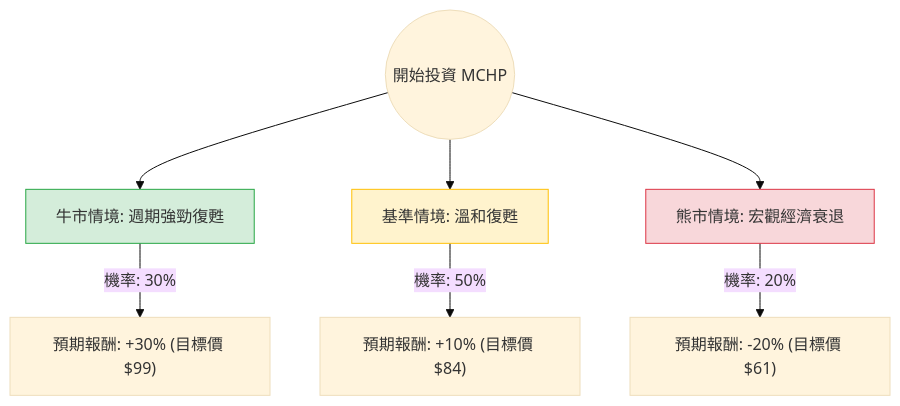
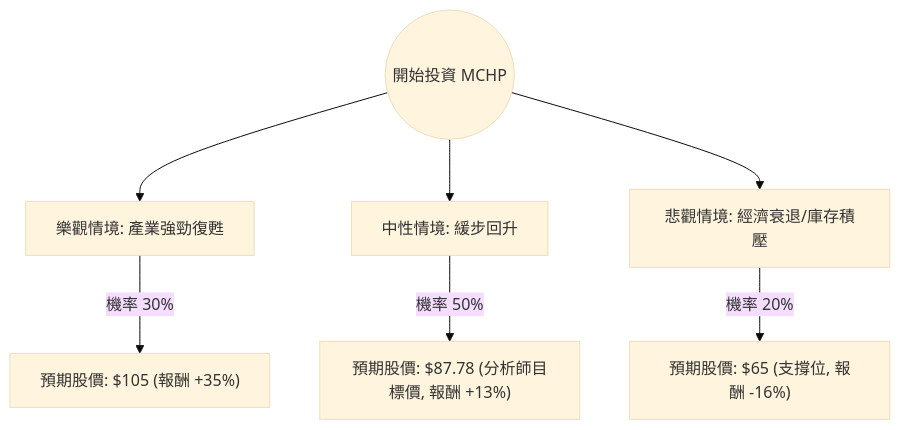
One commit to zmcx16/zmcx16.github.io changed the diagram in plugin-react/ai-analysis/ev-analysis/MCHP.md. Above: the diagram before and after it, drawn with Mermaid (base theme). The commit also changed other lines of this file and 76 other files, not shown here.

````diff
--- a/plugin-react/ai-analysis/ev-analysis/MCHP.md
+++ b/plugin-react/ai-analysis/ev-analysis/MCHP.md
@@ -20,14 +19,10 @@
 ```mermaid
 graph TD
-    Start((開始投資 MCHP)) --> Bull[牛市情境: 週期強勁復甦]
-    Start --> Base[基準情境: 溫和復甦]
-    Start --> Bear[熊市情境: 宏觀經濟衰退]
+    Start((開始投資 MCHP)) --> Bull[樂觀情境: 產業強勁復甦]
+    Start --> Base[中性情境: 緩步回升]
+    Start --> Bear[悲觀情境: 經濟衰退/庫存積壓]
 
-    Bull -- "機率: 30%" --> BullResult["預期報酬: +30% (目標價 $99)"]
-    Base -- "機率: 50%" --> BaseResult["預期報酬: +10% (目標價 $84)"]
-    Bear -- "機率: 20%" --> BearResult["預期報酬: -20% (目標價 $61)"]
-
-    style Bull fill:#d4edda,stroke:#28a745
-    style Base fill:#fff3cd,stroke:#ffc107
-    style Bear fill:#f8d7da,stroke:#dc3545
+    Bull -- "機率 30%" --> BullVal["預期股價: $105 (報酬 +35%)"]
+    Base -- "機率 50%" --> BaseVal["預期股價: $87.78 (分析師目標價, 報酬 +13%)"]
+    Bear -- "機率 20%" --> BearVal["預期股價: $65 (支撐位, 報酬 -16%)"]
 ```
````
